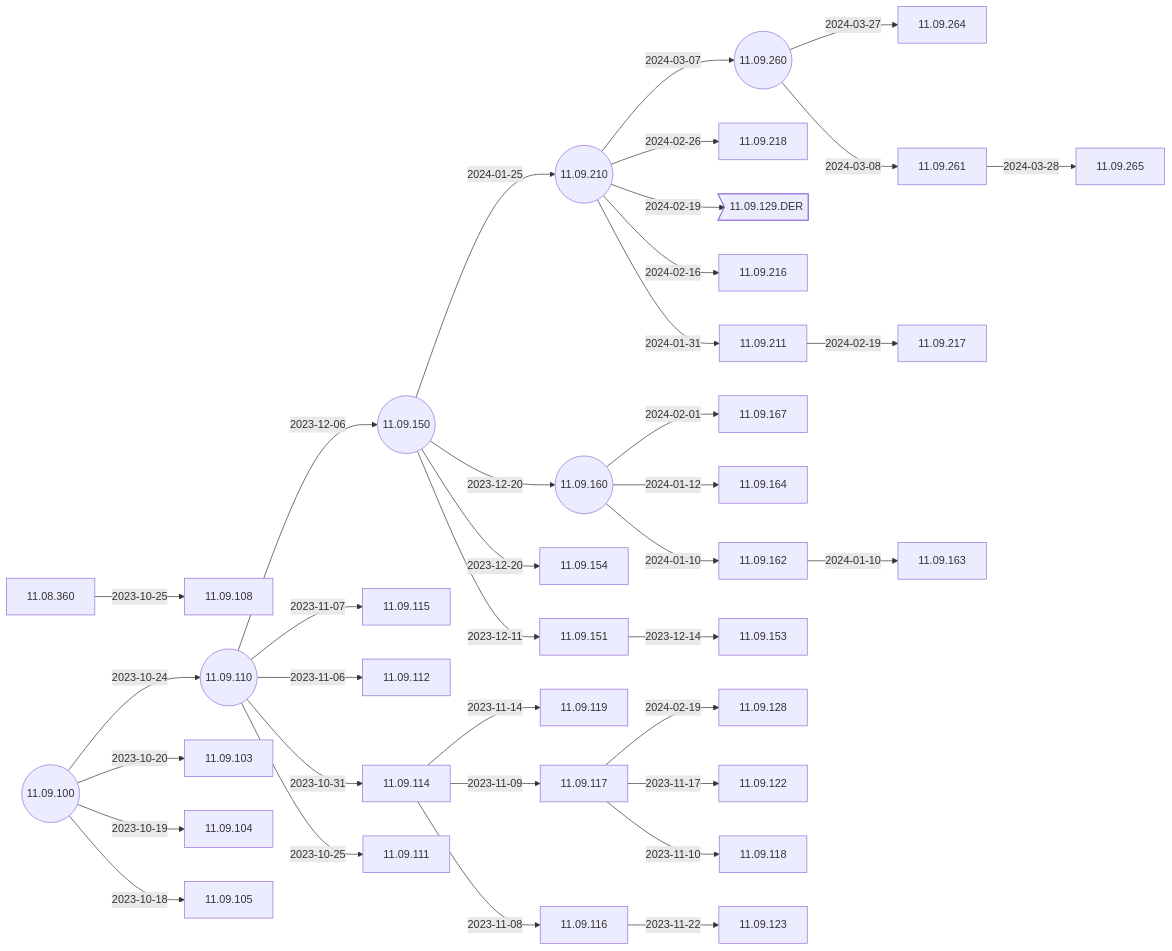
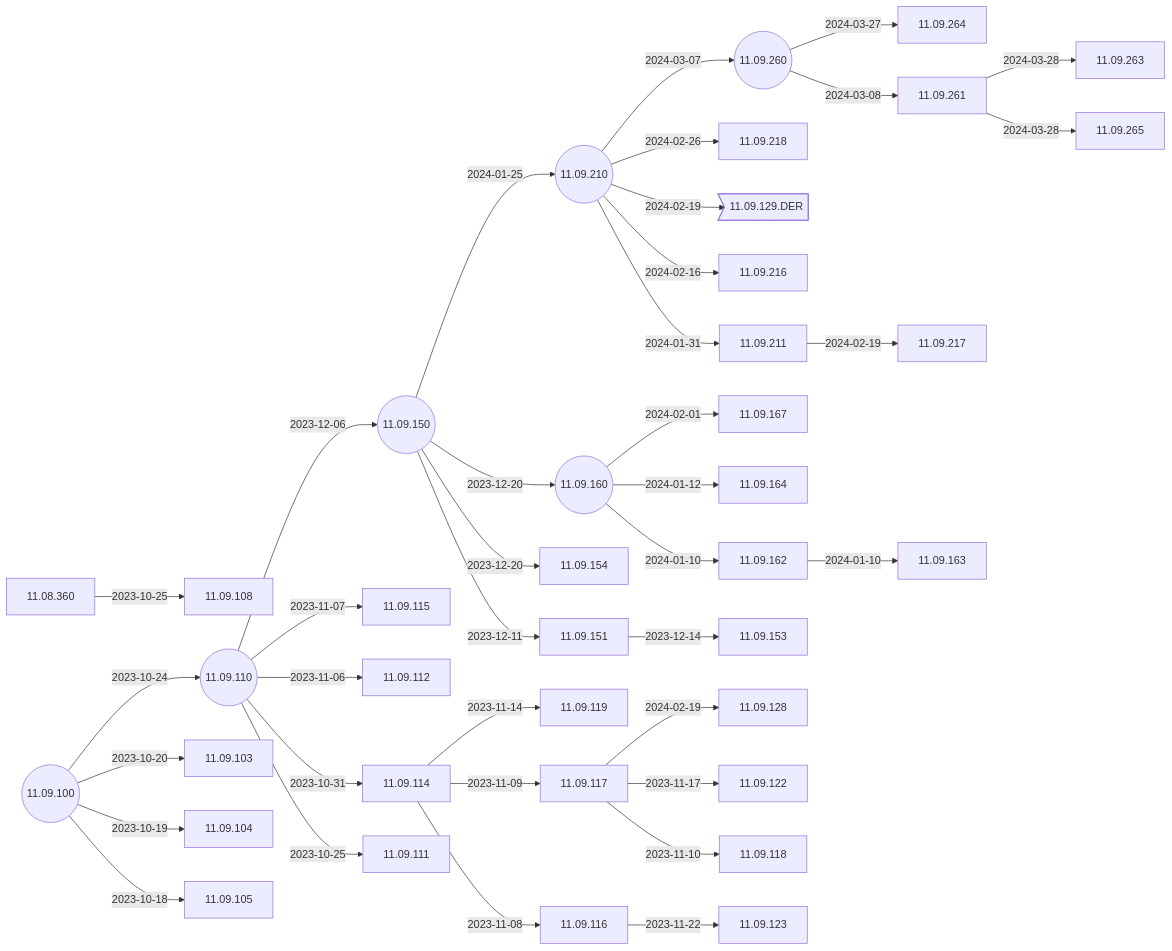
Before and after one commit to IGEL-Community/IGEL-Docs-v02: the second of 5 diagrams in docs/Docs/ReleaseNotes/01-OS11/README.md, drawn with Mermaid. The commit also changed 2 other files, not shown here.

Commit message:
11.09.263 < 11.09.261

````diff
--- a/docs/Docs/ReleaseNotes/01-OS11/README.md
+++ b/docs/Docs/ReleaseNotes/01-OS11/README.md
@@ -41,75 +41,77 @@
 ```mermaid
 flowchart LR
+    11.09.261-- 2024-03-28 -->11.09.263
     11.09.261-- 2024-03-28 -->11.09.265
     11.09.260-- 2024-03-27 -->11.09.264
     11.09.260-- 2024-03-08 -->11.09.261
     11.09.210-- 2024-03-07 -->11.09.260((11.09.260))
     11.09.210-- 2024-02-26 -->11.09.218
     11.09.210-- 2024-02-19 -->11.09.129.DER>11.09.129.DER]
     11.09.211-- 2024-02-19 -->11.09.217
     11.09.117-- 2024-02-19 -->11.09.128
     11.09.210-- 2024-02-16 -->11.09.216
     11.09.160-- 2024-02-01 -->11.09.167
     11.09.210-- 2024-01-31 -->11.09.211
     11.09.150-- 2024-01-25 -->11.09.210((11.09.210))
     11.09.162-- 2024-01-10 -->11.09.163
     11.09.160-- 2024-01-12 -->11.09.164
     11.09.160-- 2024-01-10 -->11.09.162
     11.09.150-- 2023-12-20 -->11.09.160((11.09.160))
     11.09.150-- 2023-12-20 -->11.09.154
     11.09.151-- 2023-12-14 -->11.09.153
     11.09.150-- 2023-12-11 -->11.09.151
     11.09.110-- 2023-12-06 -->11.09.150((11.09.150))
     11.09.116-- 2023-11-22 -->11.09.123
     11.09.117-- 2023-11-17 -->11.09.122
     11.09.114-- 2023-11-14 -->11.09.119
     11.09.117-- 2023-11-10 -->11.09.118
     11.09.114-- 2023-11-09 -->11.09.117
     11.09.114-- 2023-11-08 -->11.09.116
     11.09.110-- 2023-11-07 -->11.09.115
     11.09.110-- 2023-11-06 -->11.09.112
     11.09.110-- 2023-10-31 -->11.09.114
     11.08.360-- 2023-10-25 -->11.09.108
     11.09.110-- 2023-10-25 -->11.09.111
     11.09.100-- 2023-10-24 -->11.09.110((11.09.110))
     11.09.100-- 2023-10-20 -->11.09.103
     11.09.100-- 2023-10-19 -->11.09.104
     11.09.100-- 2023-10-18 -->11.09.105
     11.09.100((11.09.100))
+    click 11.09.263 "https://github.com/IGEL-Community/IGEL-Docs-v02/tree/main/docs/Docs/ReleaseNotes/01-OS11/readme11.09.263.txt" _blank
     click 11.09.265 "https://github.com/IGEL-Community/IGEL-Docs-v02/tree/main/docs/Docs/ReleaseNotes/01-OS11/readme11.09.265.txt" _blank
     click 11.09.264 "https://github.com/IGEL-Community/IGEL-Docs-v02/tree/main/docs/Docs/ReleaseNotes/01-OS11/readme11.09.264.txt" _blank
     click 11.09.261 "https://github.com/IGEL-Community/IGEL-Docs-v02/tree/main/docs/Docs/ReleaseNotes/01-OS11/readme11.09.261.txt" _blank
     click 11.09.260 "https://github.com/IGEL-Community/IGEL-Docs-v02/tree/main/docs/Docs/ReleaseNotes/01-OS11/readme11.09.260.txt" _blank
     click 11.09.218 "https://github.com/IGEL-Community/IGEL-Docs-v02/tree/main/docs/Docs/ReleaseNotes/01-OS11/readme11.09.218.txt" _blank
     click 11.09.129.DER "https://github.com/IGEL-Community/IGEL-Docs-v02/tree/main/docs/Docs/ReleaseNotes/01-OS11/readme11.09.129.DER.txt" _blank
     click 11.09.217 "https://github.com/IGEL-Community/IGEL-Docs-v02/tree/main/docs/Docs/ReleaseNotes/01-OS11/readme11.09.217.txt" _blank
     click 11.09.128 "https://github.com/IGEL-Community/IGEL-Docs-v02/tree/main/docs/Docs/ReleaseNotes/01-OS11/readme11.09.128.txt" _blank
     click 11.09.216 "https://github.com/IGEL-Community/IGEL-Docs-v02/tree/main/docs/Docs/ReleaseNotes/01-OS11/readme11.09.216.txt" _blank
     click 11.09.167 "https://github.com/IGEL-Community/IGEL-Docs-v02/tree/main/docs/Docs/ReleaseNotes/01-OS11/readme11.09.167.txt" _blank
     click 11.09.211 "https://github.com/IGEL-Community/IGEL-Docs-v02/tree/main/docs/Docs/ReleaseNotes/01-OS11/readme11.09.211.txt" _blank
     click 11.09.210 "https://github.com/IGEL-Community/IGEL-Docs-v02/tree/main/docs/Docs/ReleaseNotes/01-OS11/readme11.09.210.txt" _blank
     click 11.09.163 "https://github.com/IGEL-Community/IGEL-Docs-v02/tree/main/docs/Docs/ReleaseNotes/01-OS11/readme11.09.163.txt" _blank
     click 11.09.164 "https://github.com/IGEL-Community/IGEL-Docs-v02/tree/main/docs/Docs/ReleaseNotes/01-OS11/readme11.09.164.txt" _blank
     click 11.09.162 "https://github.com/IGEL-Community/IGEL-Docs-v02/tree/main/docs/Docs/ReleaseNotes/01-OS11/readme11.09.162.txt" _blank
     click 11.09.160 "https://github.com/IGEL-Community/IGEL-Docs-v02/tree/main/docs/Docs/ReleaseNotes/01-OS11/readme11.09.160.txt" _blank
     click 11.09.154 "https://github.com/IGEL-Community/IGEL-Docs-v02/tree/main/docs/Docs/ReleaseNotes/01-OS11/readme11.09.154.txt" _blank
     click 11.09.153 "https://github.com/IGEL-Community/IGEL-Docs-v02/tree/main/docs/Docs/ReleaseNotes/01-OS11/readme11.09.153.txt" _blank
     click 11.09.151 "https://github.com/IGEL-Community/IGEL-Docs-v02/tree/main/docs/Docs/ReleaseNotes/01-OS11/readme11.09.151.txt" _blank
     click 11.09.150 "https://github.com/IGEL-Community/IGEL-Docs-v02/tree/main/docs/Docs/ReleaseNotes/01-OS11/readme11.09.150.txt" _blank
     click 11.09.123 "https://github.com/IGEL-Community/IGEL-Docs-v02/tree/main/docs/Docs/ReleaseNotes/01-OS11/readme11.09.123.txt" _blank
     click 11.09.122 "https://github.com/IGEL-Community/IGEL-Docs-v02/tree/main/docs/Docs/ReleaseNotes/01-OS11/readme11.09.122.txt" _blank
     click 11.09.119 "https://github.com/IGEL-Community/IGEL-Docs-v02/tree/main/docs/Docs/ReleaseNotes/01-OS11/readme11.09.119.txt" _blank
     click 11.09.118 "https://github.com/IGEL-Community/IGEL-Docs-v02/tree/main/docs/Docs/ReleaseNotes/01-OS11/readme11.09.118.txt" _blank
     click 11.09.117 "https://github.com/IGEL-Community/IGEL-Docs-v02/tree/main/docs/Docs/ReleaseNotes/01-OS11/readme11.09.117.txt" _blank
     click 11.09.116 "https://github.com/IGEL-Community/IGEL-Docs-v02/tree/main/docs/Docs/ReleaseNotes/01-OS11/readme11.09.116.txt" _blank
     click 11.09.115 "https://github.com/IGEL-Community/IGEL-Docs-v02/tree/main/docs/Docs/ReleaseNotes/01-OS11/readme11.09.115.txt" _blank
     click 11.09.112 "https://github.com/IGEL-Community/IGEL-Docs-v02/tree/main/docs/Docs/ReleaseNotes/01-OS11/readme11.09.112.txt" _blank
     click 11.09.114 "https://github.com/IGEL-Community/IGEL-Docs-v02/tree/main/docs/Docs/ReleaseNotes/01-OS11/readme11.09.114.txt" _blank
     click 11.09.108 "https://github.com/IGEL-Community/IGEL-Docs-v02/tree/main/docs/Docs/ReleaseNotes/01-OS11/readme11.09.108.txt" _blank
     click 11.09.111 "https://github.com/IGEL-Community/IGEL-Docs-v02/tree/main/docs/Docs/ReleaseNotes/01-OS11/readme11.09.111.txt" _blank
     click 11.09.110 "https://github.com/IGEL-Community/IGEL-Docs-v02/tree/main/docs/Docs/ReleaseNotes/01-OS11/readme11.09.110.txt" _blank
     click 11.09.103 "https://github.com/IGEL-Community/IGEL-Docs-v02/tree/main/docs/Docs/ReleaseNotes/01-OS11/readme11.09.103.txt" _blank
     click 11.09.104 "https://github.com/IGEL-Community/IGEL-Docs-v02/tree/main/docs/Docs/ReleaseNotes/01-OS11/readme11.09.104.txt" _blank
     click 11.09.105 "https://github.com/IGEL-Community/IGEL-Docs-v02/tree/main/docs/Docs/ReleaseNotes/01-OS11/readme11.09.105.txt" _blank
     click 11.09.100 "https://github.com/IGEL-Community/IGEL-Docs-v02/tree/main/docs/Docs/ReleaseNotes/01-OS11/readme11.09.100.txt" _blank
 ```
````
